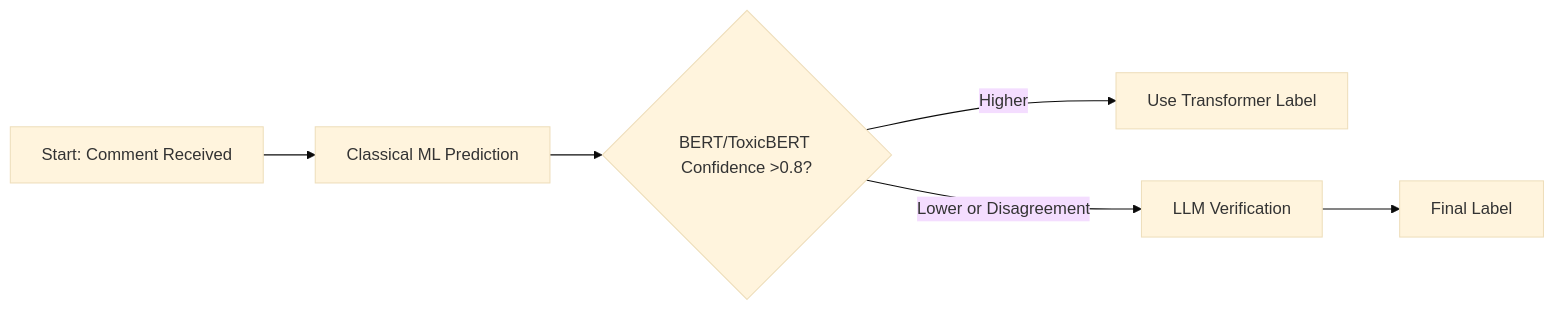
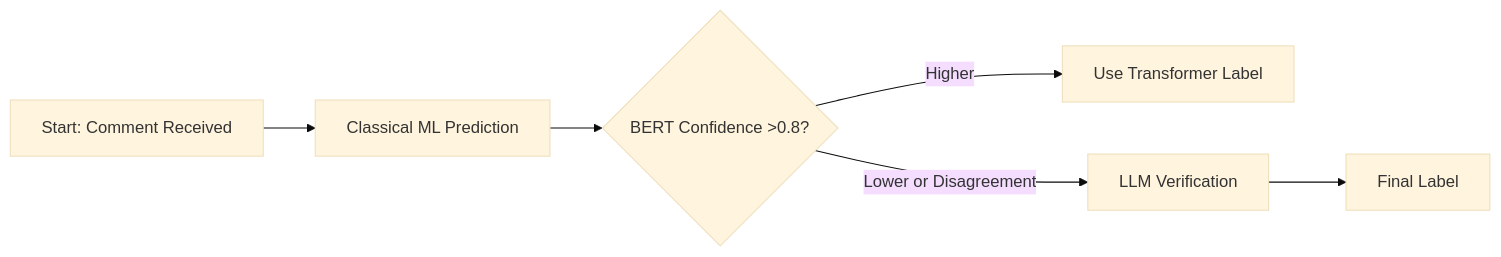
The second of 5 diagrams in docs/architecture.md (ismiljanic/SyntaxBase-moderation-microservice), drawn with Mermaid (base theme) before and after one commit. The commit also changed other lines of this file and 2 other files, not shown here.

````diff
--- a/docs/architecture.md
+++ b/docs/architecture.md
@@ -69,8 +69,8 @@
 ```mermaid
 graph LR
     A[Start: Comment Received] --> B[Classical ML Prediction]
-    B --> C{BERT/ToxicBERT Confidence >0.8?}
+    B --> C{BERT Confidence >0.8?}
     C -->|Higher| D[Use Transformer Label]
     C -->|Lower or Disagreement| E[LLM Verification]
     E --> F[Final Label]
 ```
````
